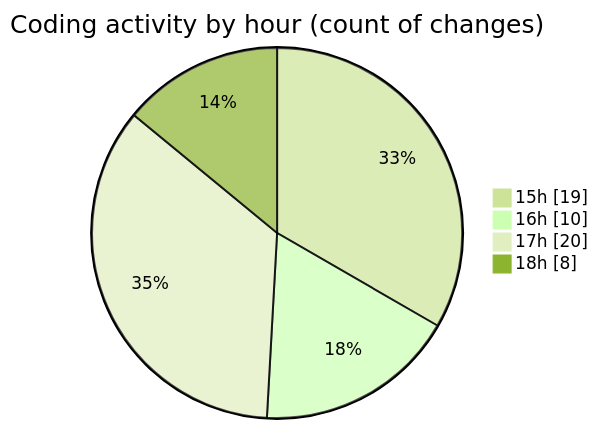
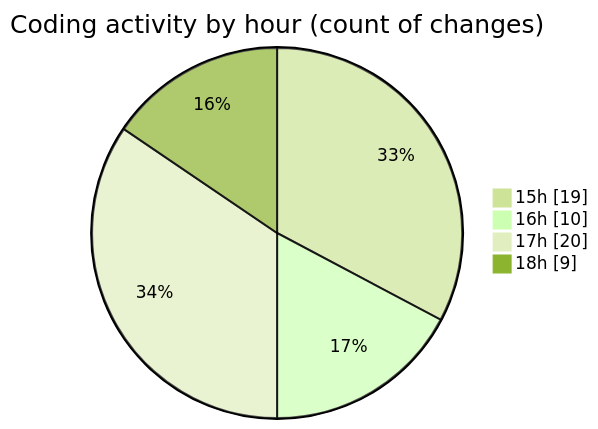
Before and after one commit to nxtqubesakshisongat/code-tracking: the second of 2 diagrams in 2025-10-07/nxtqube_webapp/README.md, drawn with Mermaid (forest theme). The commit also changed other lines of this file and 1 other file, not shown here.

````diff
--- a/2025-10-07/nxtqube_webapp/README.md
+++ b/2025-10-07/nxtqube_webapp/README.md
@@ -31,8 +31,8 @@
 ```mermaid
 pie showData
 title Coding activity by hour (count of changes)
 "15h" : 19
 "16h" : 10
 "17h" : 20
-"18h" : 8
+"18h" : 9
 ```
````
